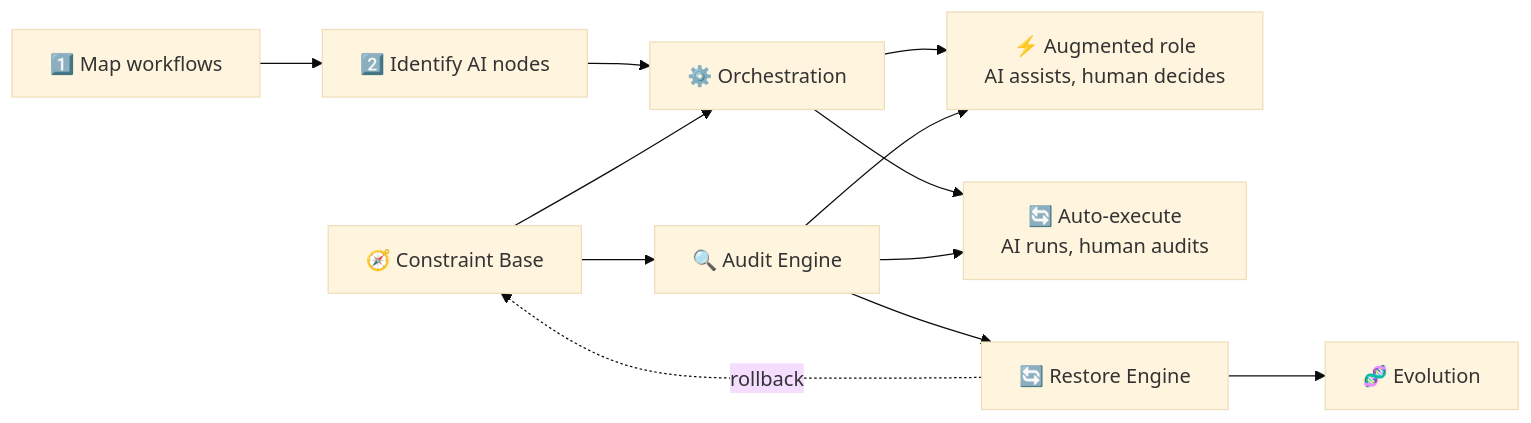
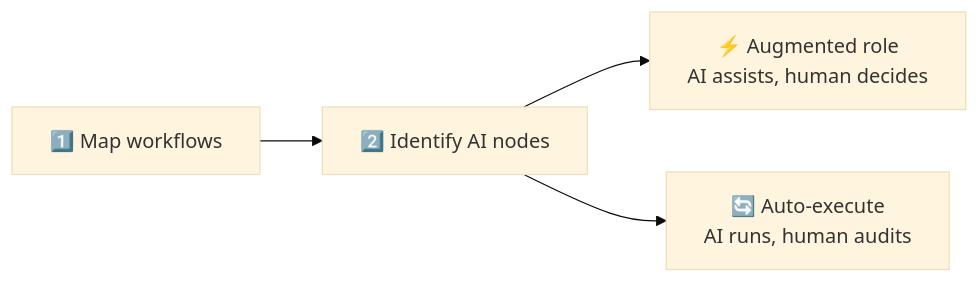
One commit to KongFangXun/sofagent changed the first of 5 diagrams in README.en.md. Above: the diagram before and after it, drawn with Mermaid (base theme). The commit also changed other lines of this file and 1 other file, not shown here.

Commit message:
docs: FDE Mermaid极致简化——只留梳理→识别→两个节点，引擎归文字

````diff
--- a/README.en.md
+++ b/README.en.md
@@ -77,13 +77,6 @@
 ```mermaid
 graph LR
     1["1️⃣ Map workflows"] --> 2["2️⃣ Identify AI nodes"]
-    2 --> H["⚙️ Orchestration"]
-    H --> J["⚡ Augmented role<br/>AI assists, human decides"]
-    H --> K["🔄 Auto-execute<br/>AI runs, human audits"]
-
-    E["🧭 Constraint Base"] --> F["🔍 Audit Engine"] --> G["🔄 Restore Engine"] --> I["🧬 Evolution"]
-    E --> H
-    F --> J
-    F --> K
-    G -.-> |rollback| E
+    2 --> J["⚡ Augmented role<br/>AI assists, human decides"]
+    2 --> K["🔄 Auto-execute<br/>AI runs, human audits"]
 ```
````
